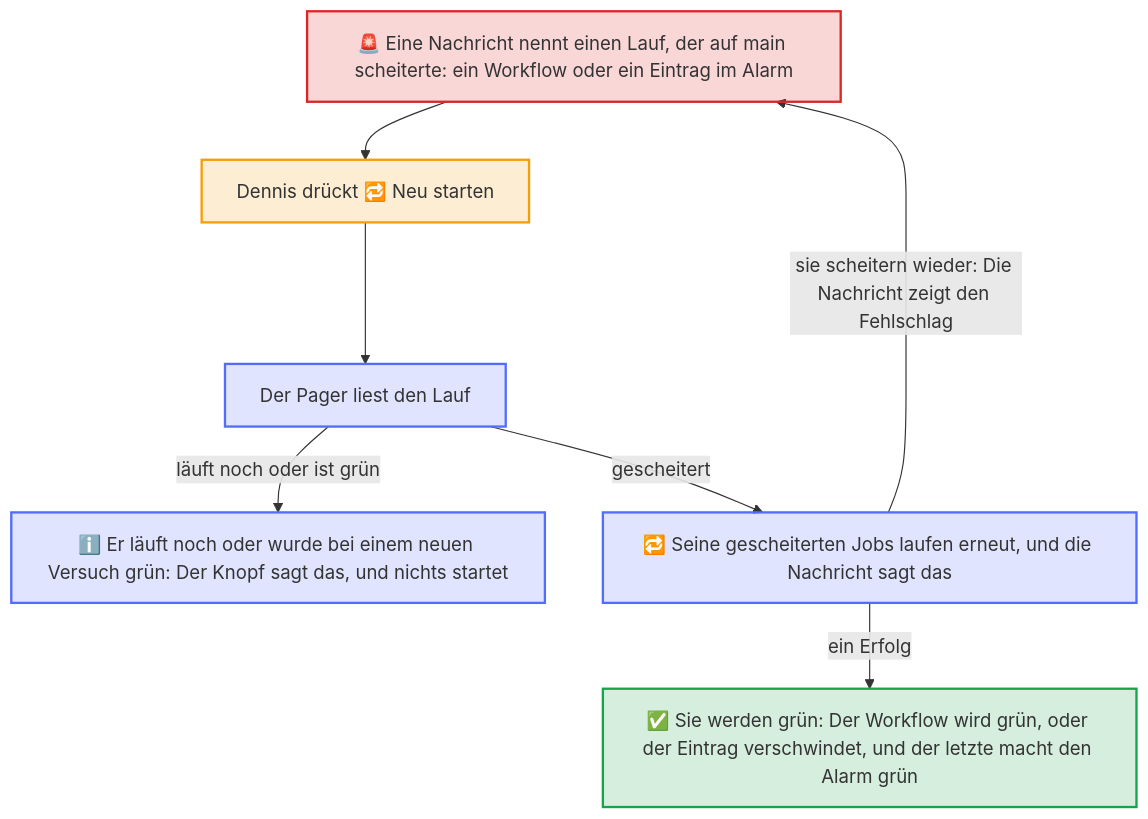
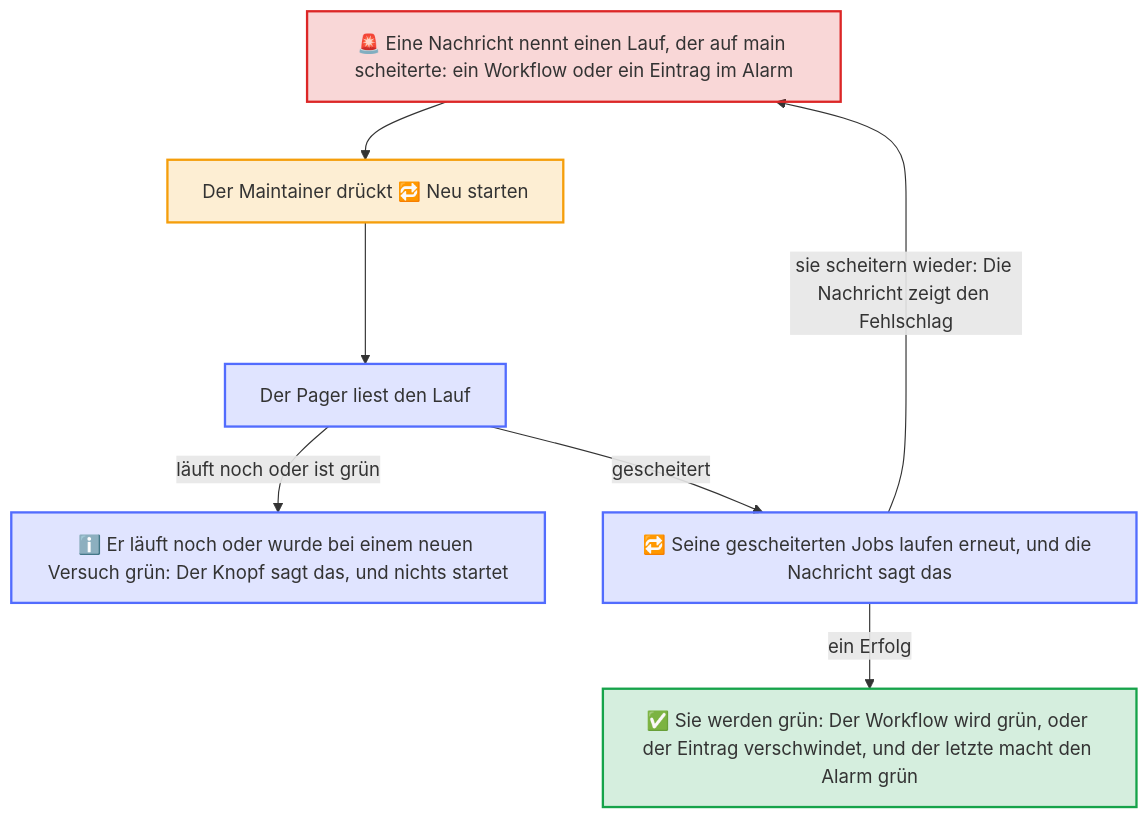
One commit to Dennis-Otto/dennis-otto-pager changed the diagram in docs/diagrams/the-rerun-of-a-run.de.mmd. Above: the diagram before and after it, drawn with Mermaid. The commit also changed 146 other files, not shown here.

First line of the commit message:
feat: Dennis Otto Pager is now Repo Pager, a pager that anyone runs for their own repositories (#110)

```diff
--- a/docs/diagrams/the-rerun-of-a-run.de.mmd
+++ b/docs/diagrams/the-rerun-of-a-run.de.mmd
@@ -1,30 +1,30 @@
 ---
 config:
   flowchart:
     wrappingWidth: 400
 ---
 flowchart TB
     accTitle: Der Neustart eines gescheiterten Laufs
-    accDescr: Eine Nachricht nennt einen Lauf von GitHub Actions, der auf main scheiterte: den eines Workflows oder einen Eintrag im Alarm, etwa ein Release. Dennis drückt Neu starten, und der Pager liest den Lauf. Solange er noch läuft oder wenn er bei einem neuen Versuch schon grün wurde, sagt der Knopf das, und nichts startet. Sonst laufen seine gescheiterten Jobs erneut, und die Nachricht sagt das. Scheitern sie wieder, zeigt die Nachricht den Fehlschlag, und Neu starten kann sie noch einmal starten. Werden sie grün, wird der Workflow grün, oder der Eintrag verschwindet, und der letzte macht den Alarm grün.
+    accDescr: Eine Nachricht nennt einen Lauf von GitHub Actions, der auf main scheiterte: den eines Workflows oder einen Eintrag im Alarm, etwa ein Release. Der Maintainer drückt Neu starten, und der Pager liest den Lauf. Solange er noch läuft oder wenn er bei einem neuen Versuch schon grün wurde, sagt der Knopf das, und nichts startet. Sonst laufen seine gescheiterten Jobs erneut, und die Nachricht sagt das. Scheitern sie wieder, zeigt die Nachricht den Fehlschlag, und Neu starten kann sie noch einmal starten. Werden sie grün, wird der Workflow grün, oder der Eintrag verschwindet, und der letzte macht den Alarm grün.
 
     alarm["`**🚨** Eine Nachricht nennt einen Lauf, der auf main scheiterte: ein Workflow oder ein Eintrag im Alarm`"]
-    press["Dennis drückt 🔁 Neu starten"]
+    press["Der Maintainer drückt 🔁 Neu starten"]
     read["Der Pager liest den Lauf"]
     nothing["`**ℹ️** Er läuft noch oder wurde bei einem neuen Versuch grün: Der Knopf sagt das, und nichts startet`"]
     again["`**🔁** Seine gescheiterten Jobs laufen erneut, und die Nachricht sagt das`"]
     green["`**✅** Sie werden grün: Der Workflow wird grün, oder der Eintrag verschwindet, und der letzte macht den Alarm grün`"]
 
     alarm --> press --> read
     read -- "läuft noch oder ist grün" --> nothing
     read -- "gescheitert" --> again
     again -- "sie scheitern wieder: Die Nachricht zeigt den Fehlschlag" --> alarm
     again -- "ein Erfolg" --> green
 
     classDef you fill:#f59e0b2e,stroke:#f59e0b,stroke-width:2px
     classDef bot fill:#526cfe2e,stroke:#526cfe,stroke-width:2px
     classDef done fill:#16a34a2e,stroke:#16a34a,stroke-width:2px
     classDef warn fill:#dc26262e,stroke:#dc2626,stroke-width:2px
     class press you
     class read,nothing,again bot
     class green done
     class alarm warn
```
